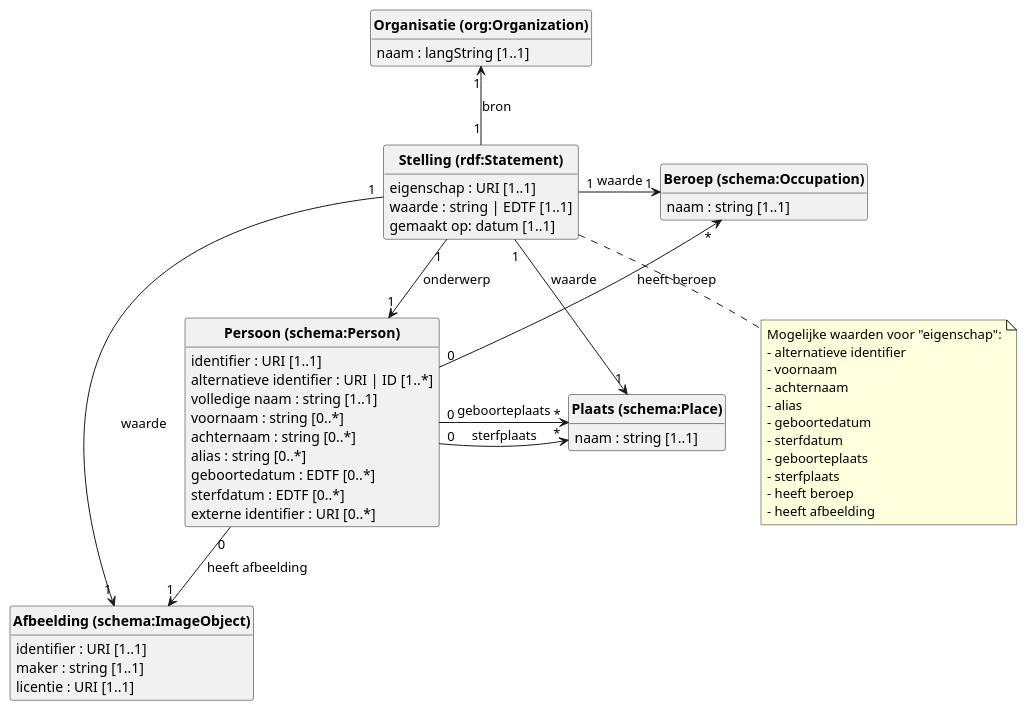
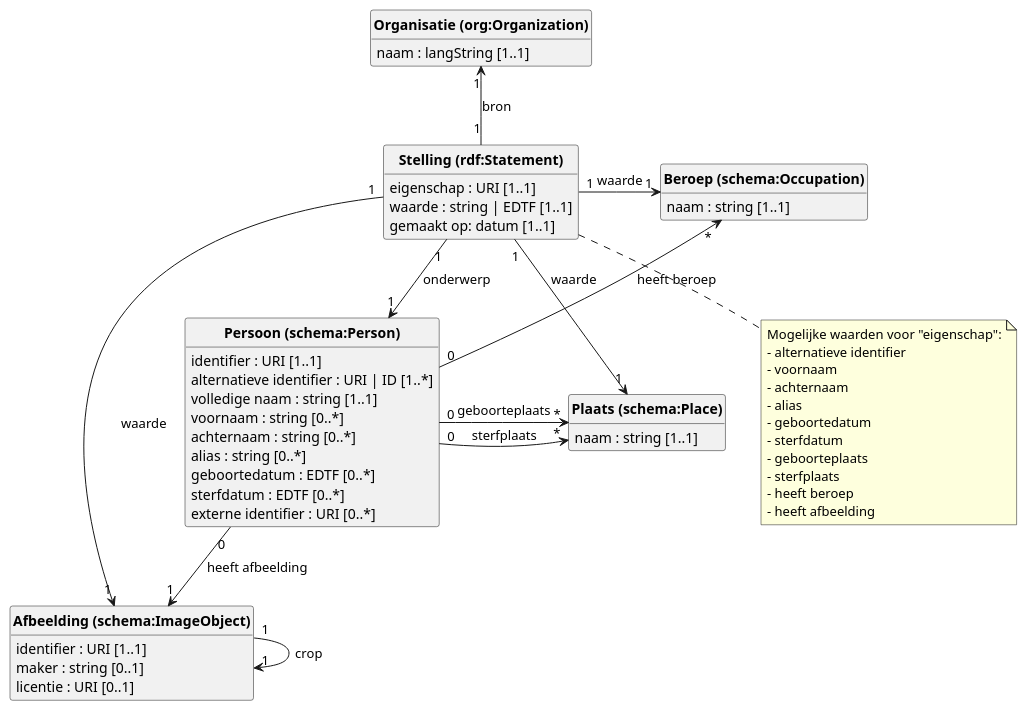
Before and after one commit to viaacode/visual-name-authority-project: the diagram in datamodel/diagram.puml, drawn with PlantUML.

Commit message:
add crop to image

```diff
--- a/datamodel/diagram.puml
+++ b/datamodel/diagram.puml
@@ -1,65 +1,66 @@
 @startuml
 class "<b>Persoon (schema:Person)</b>" {
     identifier : URI [1..1]
     alternatieve identifier : URI | ID [1..*]
     volledige naam : string [1..1]
     voornaam : string [0..*]
     achternaam : string [0..*]
     alias : string [0..*]
     geboortedatum : EDTF [0..*]
     sterfdatum : EDTF [0..*]
     externe identifier : URI [0..*]
 }
 
 class "<b>Plaats (schema:Place)</b>" {
     naam : string [1..1]
 }
 
 class "<b>Beroep (schema:Occupation)</b>" {
     naam : string [1..1]
 }
 
 class "<b>Afbeelding (schema:ImageObject)</b>" {
     identifier : URI [1..1]
-    maker : string [1..1]
-    licentie : URI [1..1]  
+    maker : string [0..1]
+    licentie : URI [0..1]  
 }
 
 "<b>Persoon (schema:Person)</b>" "0" -> "*" "<b>Plaats (schema:Place)</b>" : geboorteplaats
 "<b>Persoon (schema:Person)</b>" "0" -> "*" "<b>Plaats (schema:Place)</b>" : sterfplaats
 "<b>Beroep (schema:Occupation)</b>" "*" <-- "0" "<b>Persoon (schema:Person)</b>": heeft beroep
 "<b>Persoon (schema:Person)</b>" "0" --> "1" "<b>Afbeelding (schema:ImageObject)</b>": heeft afbeelding
+"<b>Afbeelding (schema:ImageObject)</b>" "1" --> "1" "<b>Afbeelding (schema:ImageObject)</b>": crop
 
 class "<b>Organisatie (org:Organization)</b>" {
     naam : langString [1..1]
 }
 
 class "<b>Stelling (rdf:Statement)</b>"{
     eigenschap : URI [1..1]
     waarde : string | EDTF [1..1]
     gemaakt op: datum [1..1]
 }
 note bottom of "<b>Stelling (rdf:Statement)</b>"
     Mogelijke waarden voor "eigenschap":
     - alternatieve identifier
     - voornaam
     - achternaam
     - alias
     - geboortedatum
     - sterfdatum
     - geboorteplaats
     - sterfplaats
     - heeft beroep
     - heeft afbeelding
 end note
  
 
 "<b>Stelling (rdf:Statement)</b>" "1" -> "1" "<b>Persoon (schema:Person)</b>" : onderwerp
 "<b>Stelling (rdf:Statement)</b>" "1" -> "1" "<b>Plaats (schema:Place)</b>" : waarde
 "<b>Stelling (rdf:Statement)</b>" "1" -> "1" "<b>Beroep (schema:Occupation)</b>": waarde
 "<b>Stelling (rdf:Statement)</b>" "1" -> "1" "<b>Afbeelding (schema:ImageObject)</b>": waarde
 "<b>Stelling (rdf:Statement)</b>" "1" -u-> "1" "<b>Organisatie (org:Organization)</b>": bron
 
 hide circle
 hide methods
 @enduml
```
